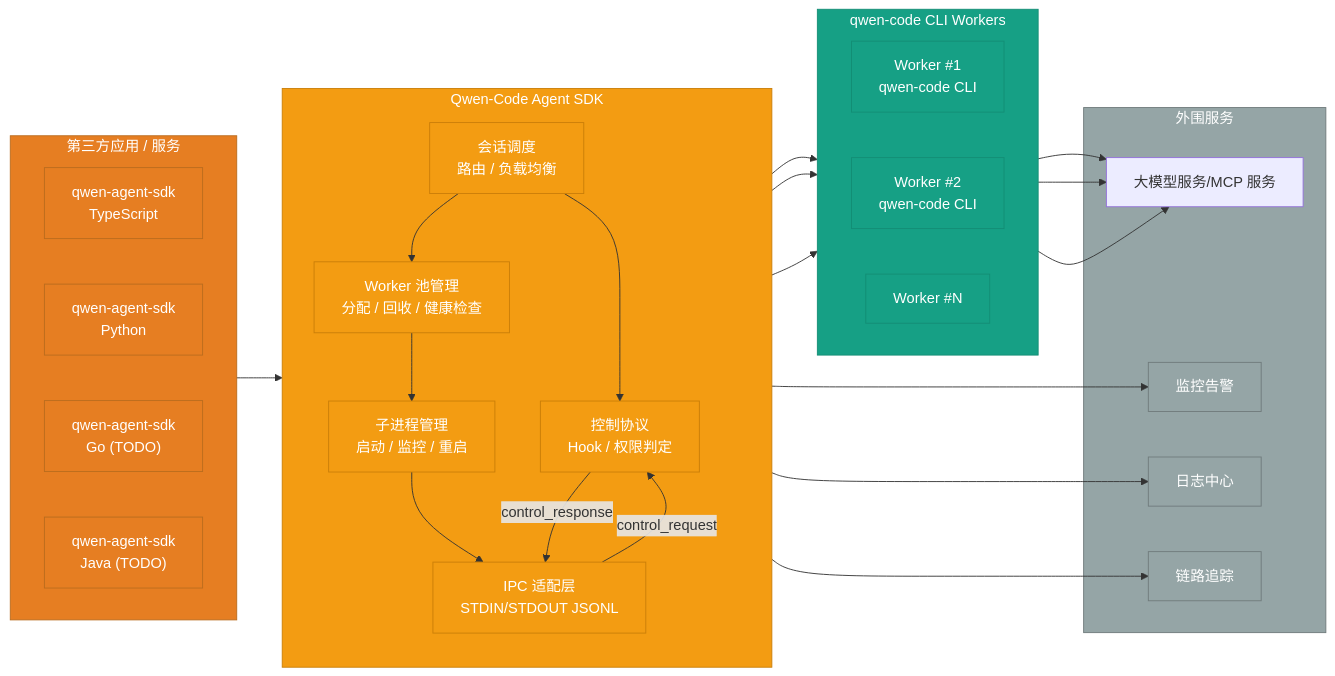
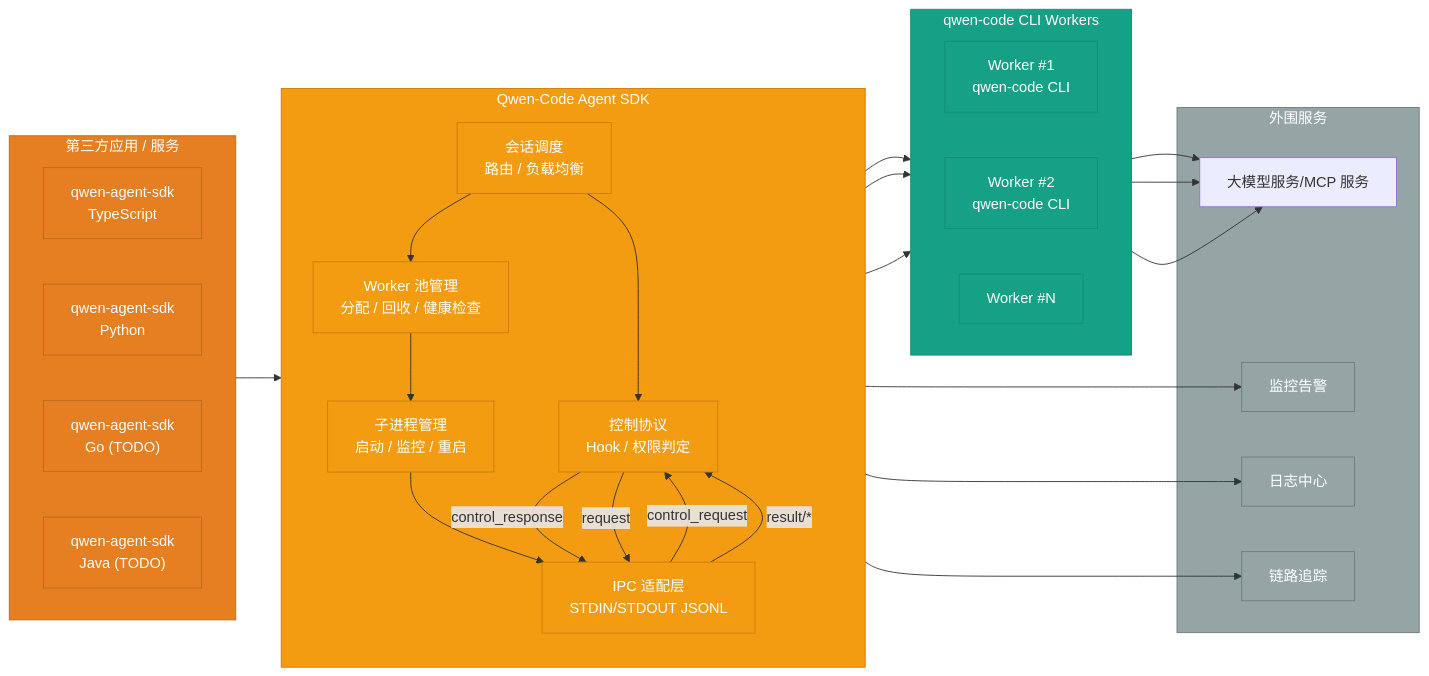
The first of 2 diagrams in docs/rfc/qwen-code-agent-framework-rfc_cn.md (x22x22/qwen-code), drawn with Mermaid before and after one commit. The commit also changed other lines of this file and 2 other files, not shown here.

````diff
--- a/docs/rfc/qwen-code-agent-framework-rfc_cn.md
+++ b/docs/rfc/qwen-code-agent-framework-rfc_cn.md
@@ -31,61 +32,63 @@
 ```mermaid
 flowchart LR
     subgraph Clients["第三方应用 / 服务"]
         direction LR
         TypeScriptSDK["qwen-agent-sdk<br/>TypeScript"]
         PythonSDK["qwen-agent-sdk<br/>Python"]
         GoSDK["qwen-agent-sdk<br/>Go (TODO)"]
         JavaSDK["qwen-agent-sdk<br/>Java (TODO)"]
     end
 
     subgraph AgentSDK["Qwen-Code Agent SDK"]
         direction TB
         Router["会话调度<br/>路由 / 负载均衡"]
         ControlPlane["控制协议<br/>Hook / 权限判定"]
         WorkerPool["Worker 池管理<br/>分配 / 回收 / 健康检查"]
         ProcessMgr["子进程管理<br/>启动 / 监控 / 重启"]
         IPC["IPC 适配层<br/>STDIN/STDOUT JSONL"]
     end
 
     subgraph Workers["qwen-code CLI Workers"]
         direction LR
         Worker1["Worker #1<br/>qwen-code CLI"]
         Worker2["Worker #2<br/>qwen-code CLI"]
         WorkerN["Worker #N"]
     end
 
     subgraph Services["外围服务"]
         LLM_MCP["大模型服务/MCP 服务"]
         Monitor["监控告警"]
         Logger["日志中心"]
         Trace["链路追踪"]
     end
 
     Clients --> Router
     Router --> ControlPlane
     Router --> WorkerPool
     WorkerPool --> ProcessMgr
     ProcessMgr --> IPC
     ControlPlane -->|control_response| IPC
     IPC -->|control_request| ControlPlane
     IPC --> Worker1
     IPC --> Worker2
     IPC --> WorkerN
 
     Worker1 --> LLM_MCP
     Worker2 --> LLM_MCP
     WorkerN --> LLM_MCP
 
     Router --> Monitor
     Router --> Logger
     Router --> Trace
+    IPC -->|result/*| ControlPlane
+    ControlPlane -->|request| IPC
 
     classDef clientStyle fill:#e67e22,stroke:#ba6c1e,color:#fff
     classDef sdkStyle fill:#f39c12,stroke:#ca7e08,color:#fff
     classDef workerStyle fill:#16a085,stroke:#138d75,color:#fff
     classDef serviceStyle fill:#95a5a6,stroke:#707b7c,color:#fff
     class Clients,TypeScriptSDK,PythonSDK,GoSDK,JavaSDK clientStyle
     class AgentSDK,Router,ControlPlane,ProcessMgr,IPC,WorkerPool sdkStyle
     class Workers,Worker1,Worker2,WorkerN workerStyle
     class Services,MCP,Monitor,Logger,Trace serviceStyle
 ```
````
